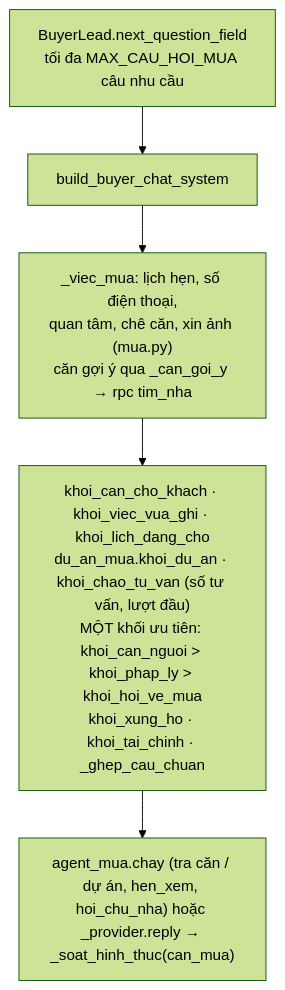
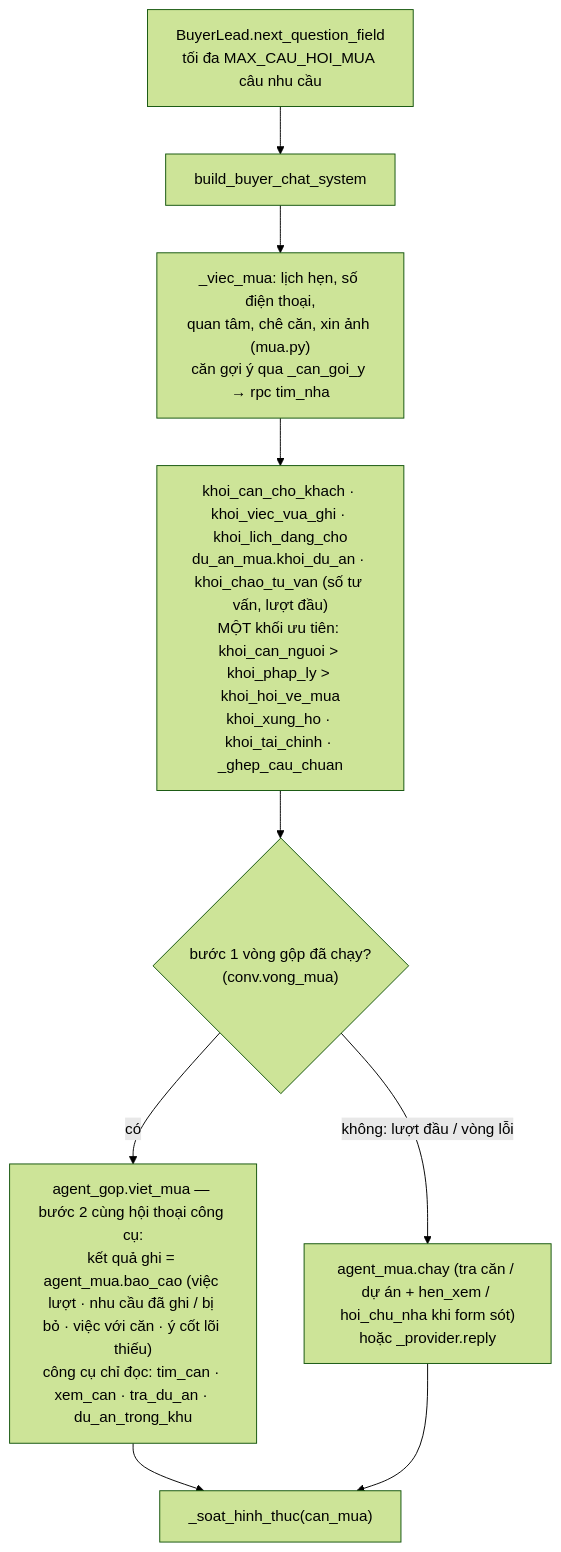
Before and after one commit to quang507/AOND: the fourth of 4 diagrams in docs/13-so-do-nhan-va-boc-tach.md, drawn with Mermaid (forest theme). The commit also changed other lines of this file and 12 other files, not shown here.

First line of the commit message:
Lượt người mua vào cùng vòng agent gộp với người bán (SRS-380)

````diff
--- a/docs/13-so-do-nhan-va-boc-tach.md
+++ b/docs/13-so-do-nhan-va-boc-tach.md
@@ -95,7 +95,11 @@
 ```mermaid
 flowchart TD
   B0["BuyerLead.next_question_field<br/>tối đa MAX_CAU_HOI_MUA câu nhu cầu"] --> B1["build_buyer_chat_system"]
   B1 --> B2["_viec_mua: lịch hẹn, số điện thoại,<br/>quan tâm, chê căn, xin ảnh (mua.py)<br/>căn gợi ý qua _can_goi_y → rpc tim_nha"]
   B2 --> B3["khoi_can_cho_khach · khoi_viec_vua_ghi · khoi_lich_dang_cho<br/>du_an_mua.khoi_du_an · khoi_chao_tu_van (số tư vấn, lượt đầu)<br/>MỘT khối ưu tiên: khoi_can_nguoi > khoi_phap_ly > khoi_hoi_ve_mua<br/>khoi_xung_ho · khoi_tai_chinh · _ghep_cau_chuan"]
-  B3 --> B4["agent_mua.chay (tra căn / dự án, hen_xem, hoi_chu_nha) hoặc _provider.reply → _soat_hinh_thuc(can_mua)"]
+  B3 --> G{"bước 1 vòng gộp đã chạy?<br/>(conv.vong_mua)"}
+  G -->|có| B4["agent_gop.viet_mua — bước 2 cùng hội thoại công cụ:<br/>kết quả ghi = agent_mua.bao_cao (việc lượt · nhu cầu đã ghi / bị bỏ · việc với căn · ý cốt lõi thiếu)<br/>công cụ chỉ đọc: tim_can · xem_can · tra_du_an · du_an_trong_khu"]
+  G -->|không: lượt đầu / vòng lỗi| B5["agent_mua.chay (tra căn / dự án + hen_xem / hoi_chu_nha khi form sót)<br/>hoặc _provider.reply"]
+  B4 --> SO2["_soat_hinh_thuc(can_mua)"]
+  B5 --> SO2
 ```
````
